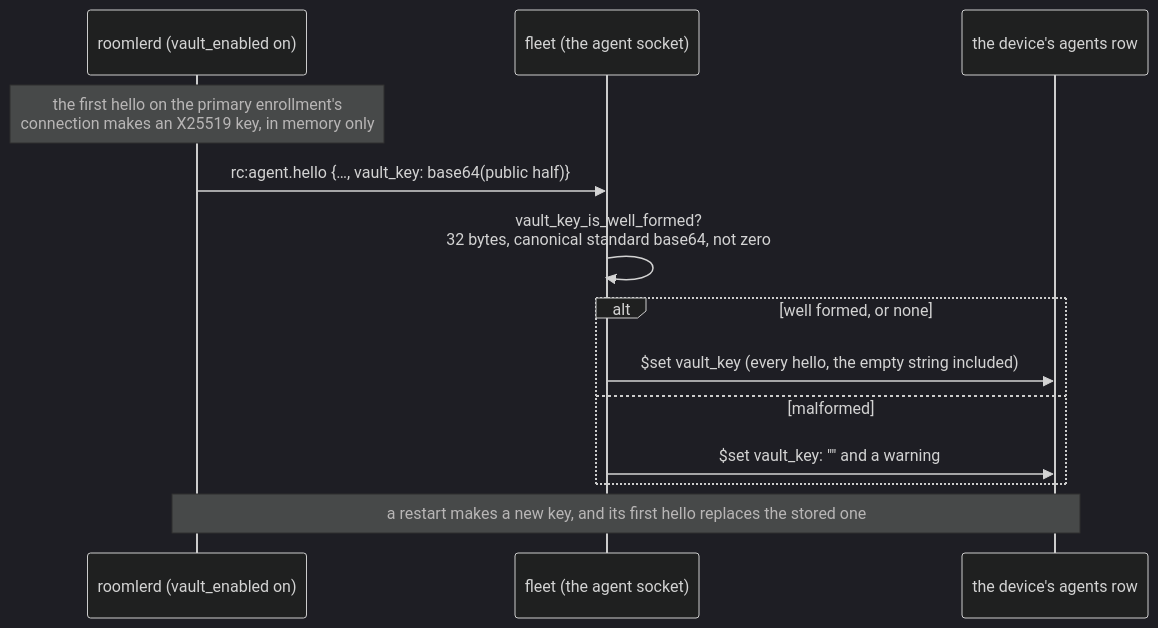
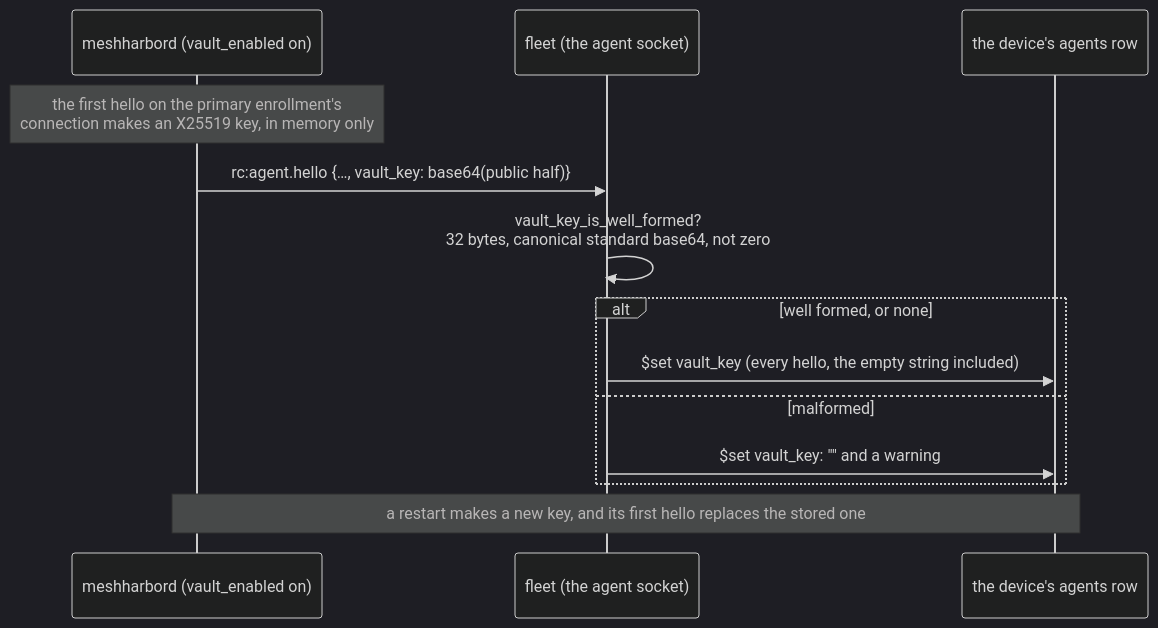
One commit to jk-zhang-meta/MeshHarbor changed the fourth of 31 diagrams in docs/vault.md. Above: the diagram before and after it, drawn with Mermaid (dark theme). The commit also changed other lines of this file and 682 other files, not shown here.

````diff
--- a/docs/vault.md
+++ b/docs/vault.md
@@ -516,15 +516,15 @@
 ```mermaid
 sequenceDiagram
-    participant D as roomlerd (vault_enabled on)
+    participant D as meshharbord (vault_enabled on)
     participant F as fleet (the agent socket)
     participant R as the device's agents row
     Note over D: the first hello on the primary enrollment's<br/>connection makes an X25519 key, in memory only
     D->>F: rc:agent.hello {…, vault_key: base64(public half)}
     F->>F: vault_key_is_well_formed?<br/>32 bytes, canonical standard base64, not zero
     alt well formed, or none
         F->>R: $set vault_key (every hello, the empty string included)
     else malformed
         F->>R: $set vault_key: "" and a warning
     end
     Note over D,R: a restart makes a new key, and its first hello replaces the stored one
 ```
````
